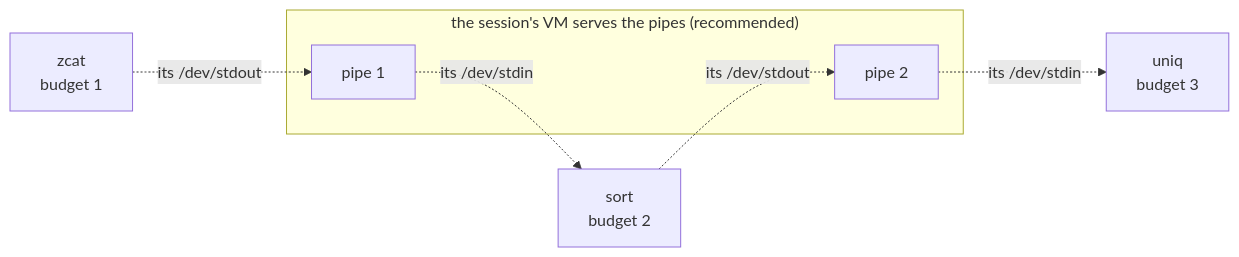
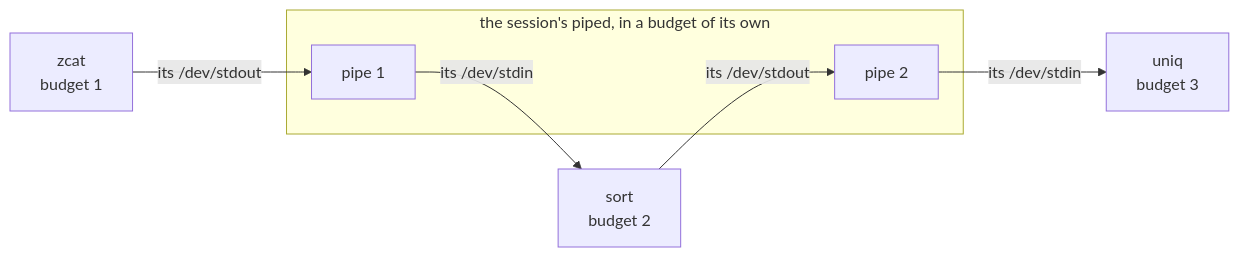
Before and after one commit to sirmick/redoubt: the diagram in docs/userland/native.md, drawn with Mermaid. The commit also changed other lines of this file and 13 other files, not shown here.

````diff
--- a/docs/userland/native.md
+++ b/docs/userland/native.md
@@ -134,11 +149,11 @@
 ```mermaid
 flowchart LR
-    Z["zcat<br/>budget 1"] -.->|"its /dev/stdout"| P1["pipe 1"]
-    P1 -.->|"its /dev/stdin"| SO["sort<br/>budget 2"]
-    SO -.->|"its /dev/stdout"| P2["pipe 2"]
-    P2 -.->|"its /dev/stdin"| U["uniq<br/>budget 3"]
-    subgraph VM["the session's VM serves the pipes (recommended)"]
+    Z["zcat<br/>budget 1"] -->|"its /dev/stdout"| P1["pipe 1"]
+    P1 -->|"its /dev/stdin"| SO["sort<br/>budget 2"]
+    SO -->|"its /dev/stdout"| P2["pipe 2"]
+    P2 -->|"its /dev/stdin"| U["uniq<br/>budget 3"]
+    subgraph PD["the session's piped, in a budget of its own"]
         P1
         P2
     end
 ```
````
